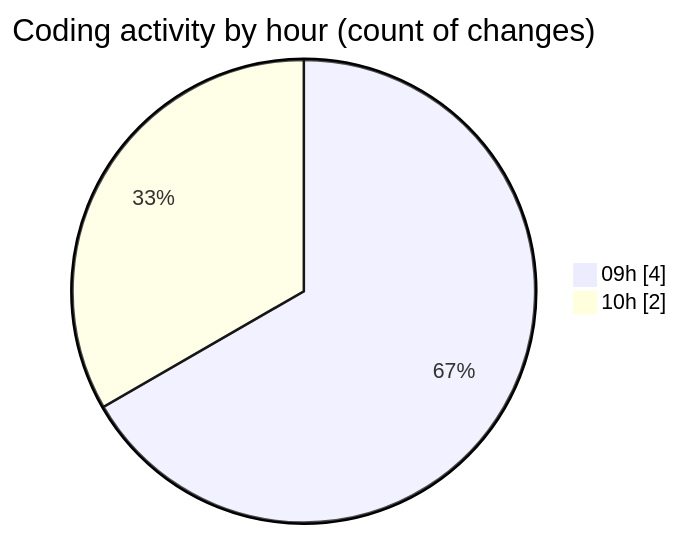
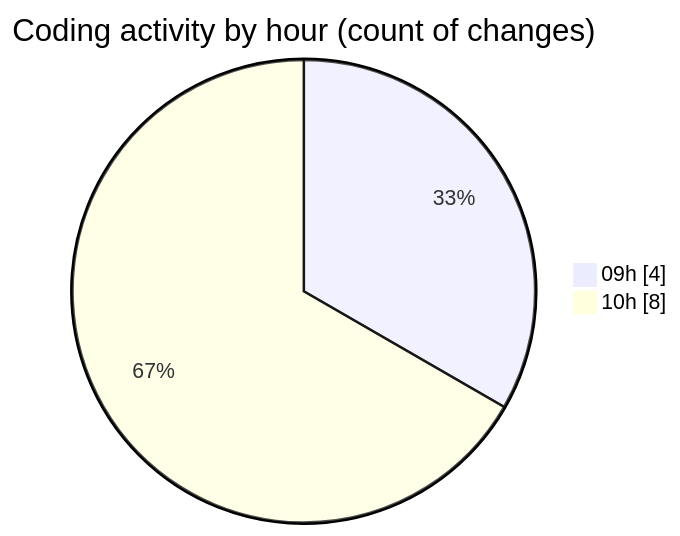
One commit to nxtqubesakshisongat/code-tracking changed the second of 2 diagrams in 2025-05-19/nxtqube_webapp/README.md. Above: the diagram before and after it, drawn with Mermaid. The commit also changed other lines of this file and 1 other file, not shown here.

````diff
--- a/2025-05-19/nxtqube_webapp/README.md
+++ b/2025-05-19/nxtqube_webapp/README.md
@@ -29,6 +30,6 @@
 ```mermaid
 pie showData
 title Coding activity by hour (count of changes)
 "09h" : 4
-"10h" : 2
+"10h" : 8
 ```
````
